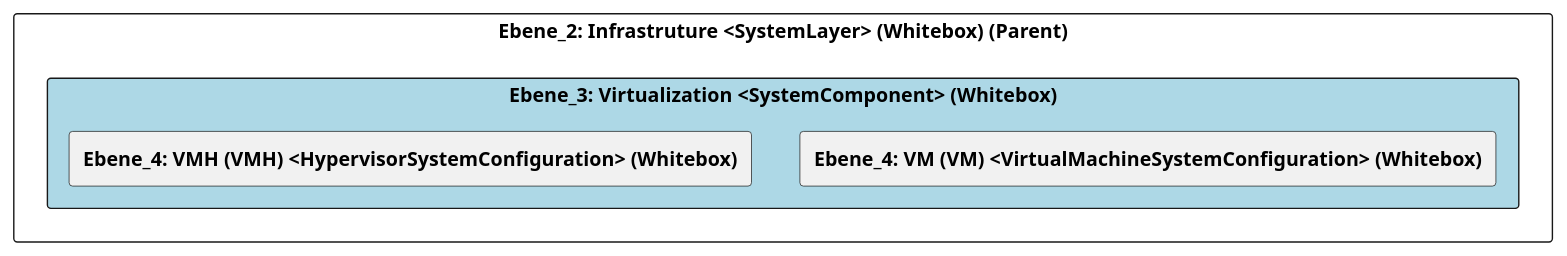
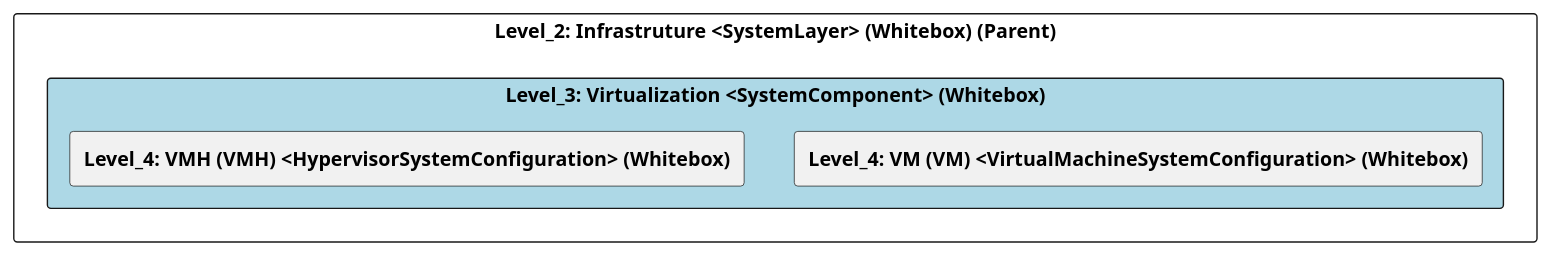
Before and after one commit to marcozwyssig/cleon: the diagram in src/cleon.architecturemethods.arc42.sample/doc/cleon_architecturemethods_arc42_sample_system/adoc/de/05_bausteinsicht/ikt/infrastruture/virtualization/ebene_3_virtualization.adoc, drawn with PlantUML. The commit also changed other lines of this file and 169 other files, not shown here.

```diff
--- a/src/cleon.architecturemethods.arc42.sample/doc/cleon_architecturemethods_arc42_sample_system/adoc/de/05_bausteinsicht/ikt/infrastruture/virtualization/ebene_3_virtualization.adoc
+++ b/src/cleon.architecturemethods.arc42.sample/doc/cleon_architecturemethods_arc42_sample_system/adoc/de/05_bausteinsicht/ikt/infrastruture/virtualization/ebene_3_virtualization.adoc
@@ -24,25 +24,25 @@
-[plantuml, Ebene_3: Virtualization <SystemComponent> (Whitebox)BlockOverview, format="svg"]
+[plantuml, Level_3: Virtualization <SystemComponent> (Whitebox)BlockOverview, format="svg"]
 ----
-@startuml Ebene_3: Virtualization <SystemComponent> (Whitebox)BuildingBlockOverview
+@startuml Level_3: Virtualization <SystemComponent> (Whitebox)BuildingBlockOverview
 
 skinparam ranksep 10
 skinparam componentStyle rectangle
 skinparam shadowing false
 skinparam arrowColor lightblue
 skinparam arrowThickness 1.2
 skinparam rectangle {
   BackgroundColor White
   BorderColor #333
   RoundCorner 10
 }
 top to bottom direction
 
-component "Ebene_2: Infrastruture <SystemLayer> (Whitebox) (Parent)" {
-    component "Ebene_3: Virtualization <SystemComponent> (Whitebox)" #lightblue {
-        [**Ebene_4: VM (VM) <VirtualMachineSystemConfiguration> (Whitebox)**] as B582462B_BEE0_11EF_B498_058EE446F8E7
-        [**Ebene_4: VMH (VMH) <HypervisorSystemConfiguration> (Whitebox)**] as B581F80A_BEE0_11EF_B498_058EE446F8E7
+component "Level_2: Infrastruture <SystemLayer> (Whitebox) (Parent)" {
+    component "Level_3: Virtualization <SystemComponent> (Whitebox)" #lightblue {
+        [**Level_4: VM (VM) <VirtualMachineSystemConfiguration> (Whitebox)**] as B582462B_BEE0_11EF_B498_058EE446F8E7
+        [**Level_4: VMH (VMH) <HypervisorSystemConfiguration> (Whitebox)**] as B581F80A_BEE0_11EF_B498_058EE446F8E7
     }
 }
 
 @enduml
 ----
```
